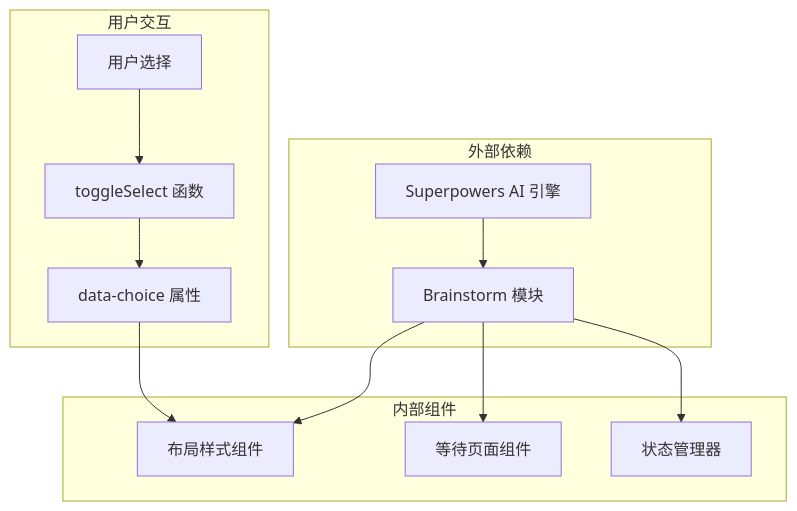
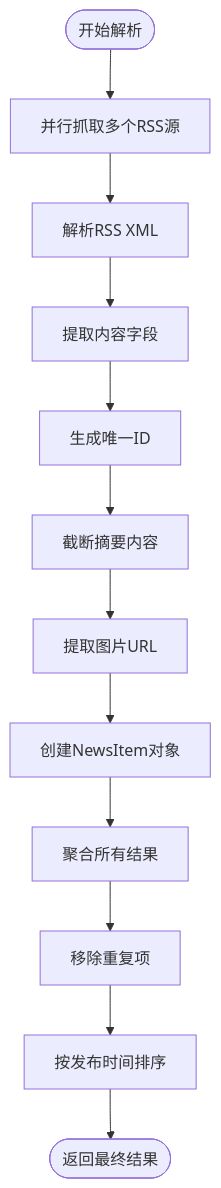
Before and after one commit to huanglixinccc/next-demo-collection: the fourth of 7 diagrams in .qoder/repowiki/zh/content/项目概述.md, drawn with Mermaid. The commit also changed other lines of this file and 10 other files, not shown here.

````diff
--- a/.qoder/repowiki/zh/content/项目概述.md
+++ b/.qoder/repowiki/zh/content/项目概述.md
@@ -204,24 +240,14 @@
 ```mermaid
-graph TD
-subgraph "外部依赖"
-Superpowers[Superpowers AI 引擎]
-Brainstorm[Brainstorm 模块]
-end
-subgraph "内部组件"
-LayoutStyle[布局样式组件]
-Waiting[等待页面组件]
-StateManager[状态管理器]
-end
-subgraph "用户交互"
-UserSelection[用户选择]
-ToggleSelect[toggleSelect 函数]
-DataChoice[data-choice 属性]
-end
-Superpowers --> Brainstorm
-Brainstorm --> LayoutStyle
-Brainstorm --> Waiting
-Brainstorm --> StateManager
-UserSelection --> ToggleSelect
-ToggleSelect --> DataChoice
-DataChoice --> LayoutStyle
+flowchart TD
+Start([开始解析]) --> ParallelFetch[并行抓取多个RSS源]
+ParallelFetch --> ParseRSS[解析RSS XML]
+ParseRSS --> ExtractContent[提取内容字段]
+ExtractContent --> GenerateID[生成唯一ID]
+GenerateID --> TruncateSummary[截断摘要内容]
+TruncateSummary --> ExtractImage[提取图片URL]
+ExtractImage --> CreateNewsItem[创建NewsItem对象]
+CreateNewsItem --> AggregateResults[聚合所有结果]
+AggregateResults --> RemoveDuplicates[移除重复项]
+RemoveDuplicates --> SortByDate[按发布时间排序]
+SortByDate --> End([返回最终结果])
 ```
````
